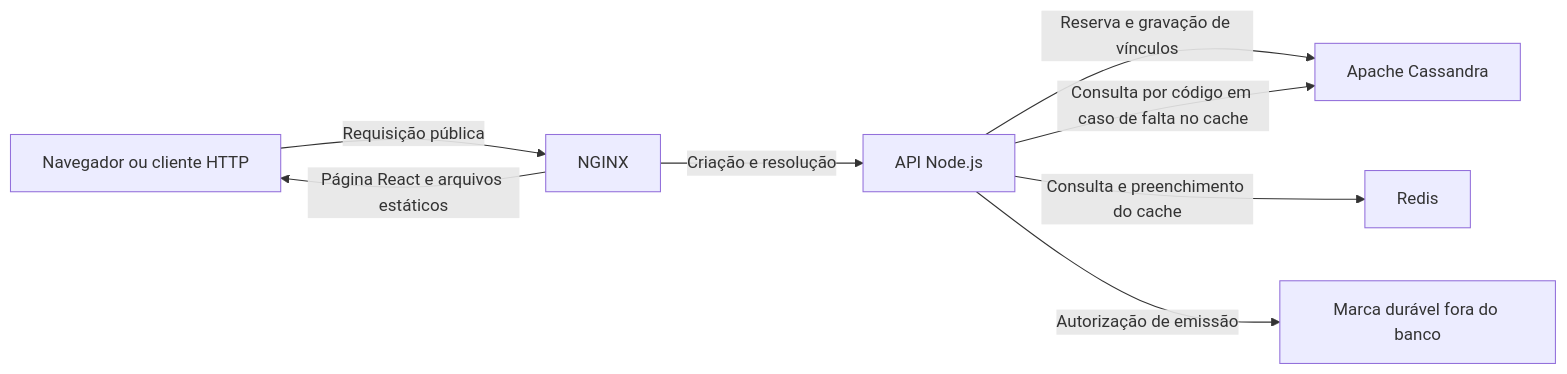
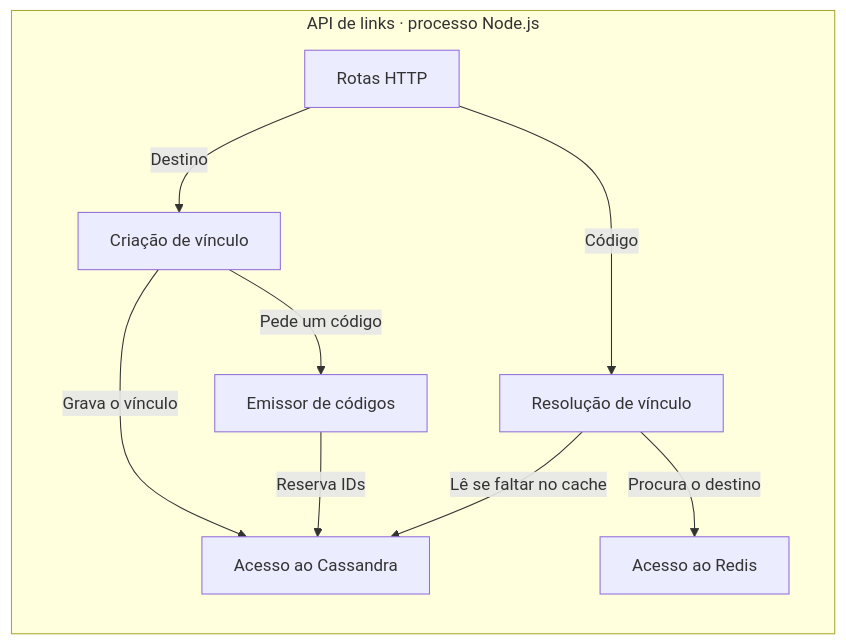
Before and after one commit to mh131105/encurtador-de-urls: the third of 3 diagrams in docs/arquitetura.md, drawn with Mermaid. The commit also changed other lines of this file and 1 other file, not shown here.

````diff
--- a/docs/arquitetura.md
+++ b/docs/arquitetura.md
@@ -5,10 +102,14 @@
 ```mermaid
 flowchart LR
-    Cliente["Navegador ou cliente HTTP"] -->|Requisição pública| NGINX
-    NGINX -->|Página React e arquivos estáticos| Cliente
-    NGINX -->|Criação e resolução| API["API Node.js"]
-    API -->|Reserva e gravação de vínculos| CQL["Apache Cassandra"]
-    API -->|Consulta por código em caso de falta no cache| CQL
-    API -->|Consulta e preenchimento do cache| Redis
-    API -->|Autorização de emissão| Marca["Marca durável fora do banco"]
+    accTitle: C4 nível 3 — componentes da API de links
+    accDescr: As rotas HTTP encaminham ao caso de criação ou de resolução. A criação obtém um código do emissor e grava o vínculo. A resolução consulta o cache e pode ler o banco.
+    subgraph processo["API de links · processo Node.js"]
+        http["Rotas HTTP"] -->|Destino| criar["Criação de vínculo"]
+        http -->|Código| resolver["Resolução de vínculo"]
+        criar -->|Pede um código| emitir["Emissor de códigos"]
+        criar -->|Grava o vínculo| cql["Acesso ao Cassandra"]
+        emitir -->|Reserva IDs| cql
+        resolver -->|Procura o destino| redis["Acesso ao Redis"]
+        resolver -->|Lê se faltar no cache| cql
+    end
 ```
````
